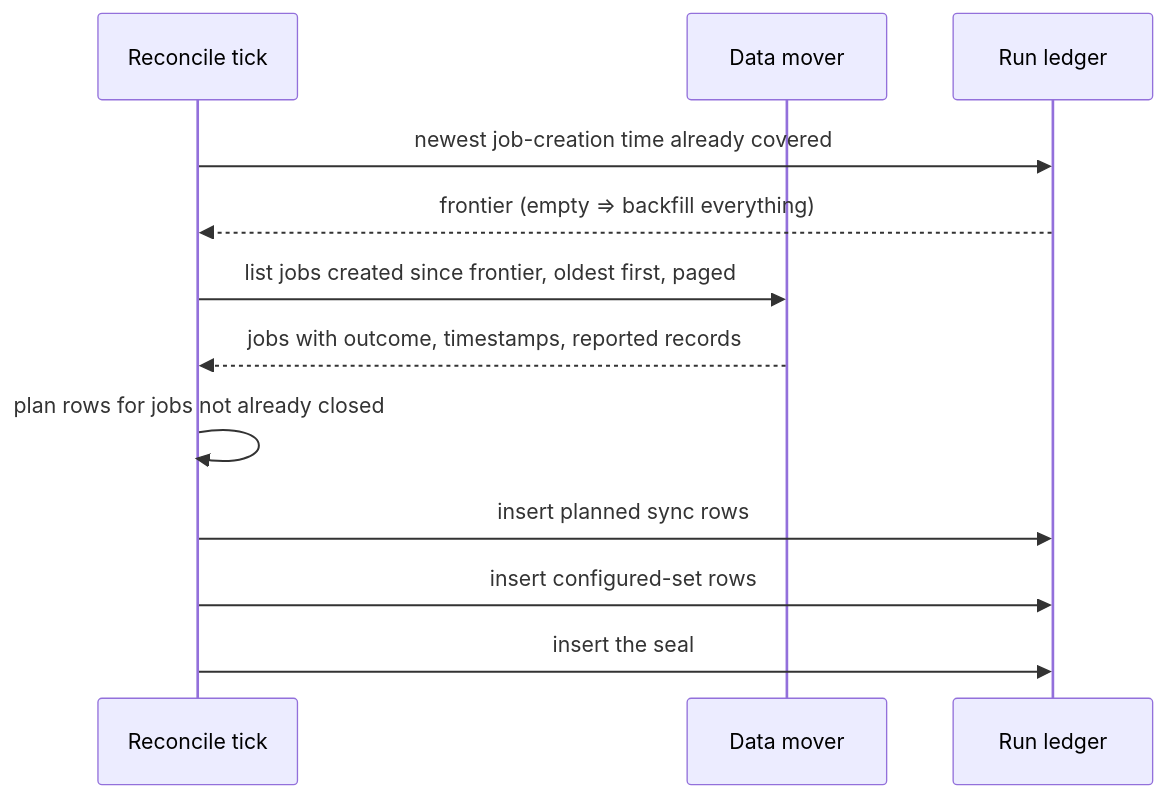
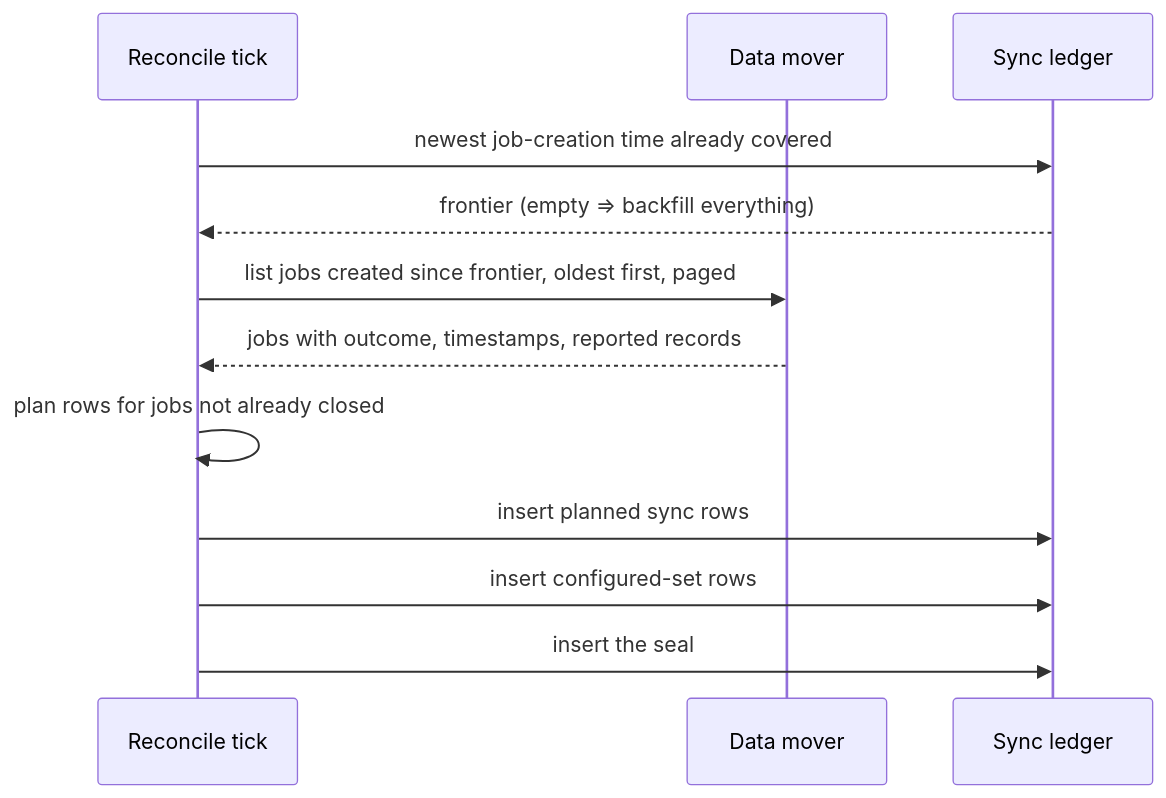
One commit to constructorfabric/insight changed the first of 2 diagrams in docs/components/backend/analytics/specs/connector-health/DESIGN.md. Above: the diagram before and after it, drawn with Mermaid. The commit also changed other lines of this file and 1 other file, not shown here.

````diff
--- a/docs/components/backend/analytics/specs/connector-health/DESIGN.md
+++ b/docs/components/backend/analytics/specs/connector-health/DESIGN.md
@@ -367,15 +420,15 @@
 ```mermaid
 sequenceDiagram
     participant R as Reconcile tick
     participant M as Data mover
-    participant L as Run ledger
+    participant L as Sync ledger
 
     R->>L: newest job-creation time already covered
     L-->>R: frontier (empty ⇒ backfill everything)
     R->>M: list jobs created since frontier, oldest first, paged
     M-->>R: jobs with outcome, timestamps, reported records
     R->>R: plan rows for jobs not already closed
     R->>L: insert planned sync rows
     R->>L: insert configured-set rows
     R->>L: insert the seal
 ```
````
